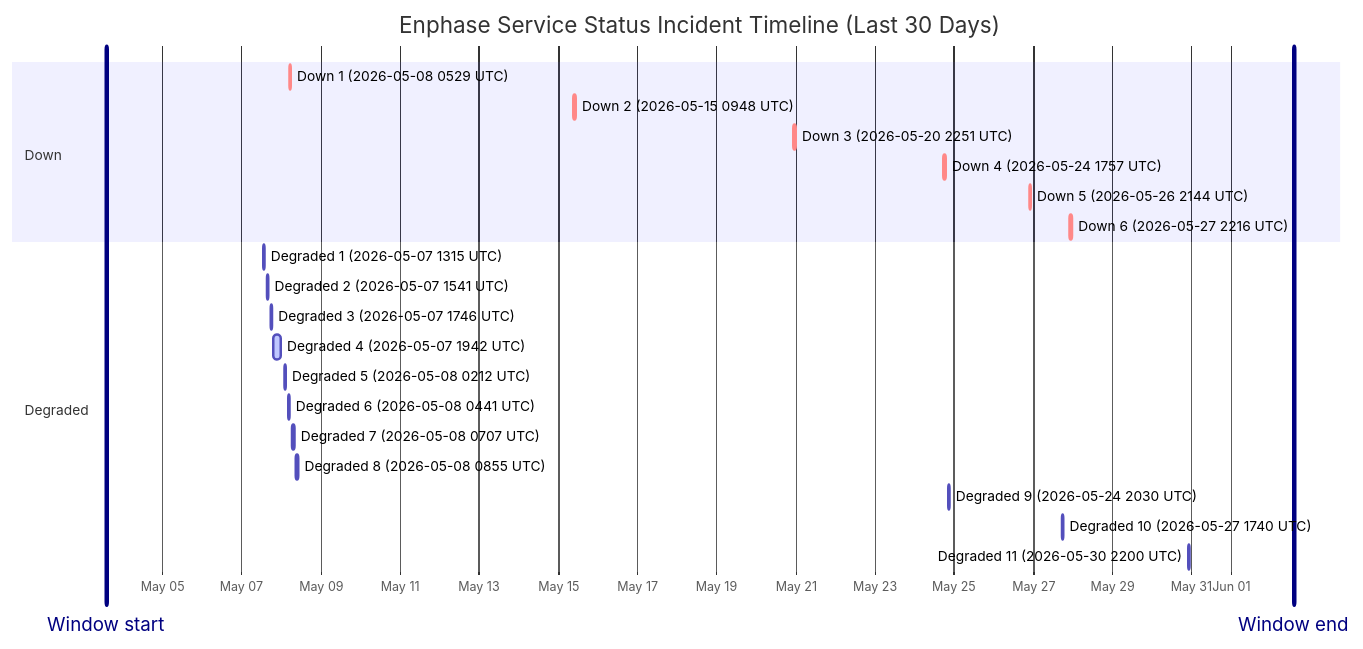
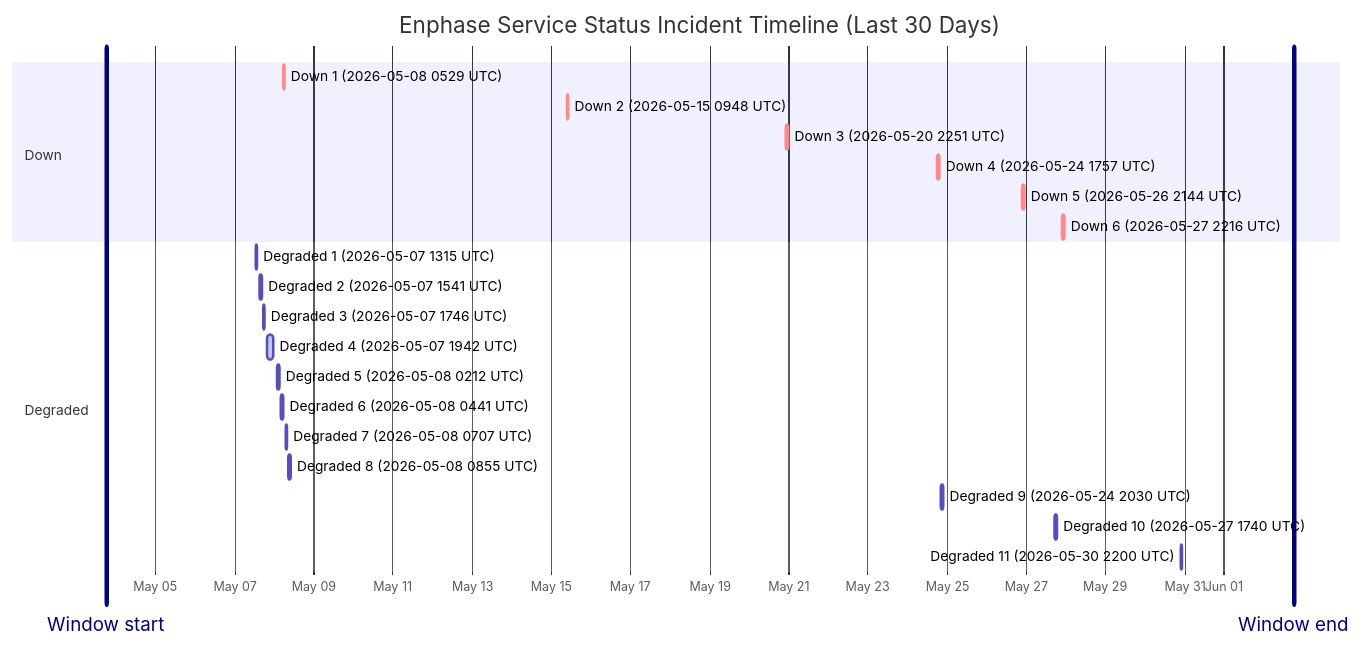
Before and after one commit to barneyonline/ha-enphase-energy: the diagram in wiki/Service-Status-History.md, drawn with Mermaid. The commit also changed other lines of this file and 3 other files, not shown here.

````diff
--- a/wiki/Service-Status-History.md
+++ b/wiki/Service-Status-History.md
@@ -14,27 +14,27 @@
 ```mermaid
 gantt
     title Enphase Service Status Incident Timeline (Last 30 Days)
     dateFormat  YYYY-MM-DDTHH:mm:ss
     axisFormat  %b %d
-    Window start :vert, window-start, 2026-05-03T14:00:56, 0ms
-    Window end :vert, window-end, 2026-06-02T14:00:56, 0ms
+    Window start :vert, window-start, 2026-05-03T18:13:24, 0ms
+    Window end :vert, window-end, 2026-06-02T18:13:24, 0ms
     section Down
     Down 1 (2026-05-08 0529 UTC) :crit, down-1, 2026-05-08T05:29:47, 60m
     Down 2 (2026-05-15 0948 UTC) :crit, down-2, 2026-05-15T09:48:18, 60m
     Down 3 (2026-05-20 2251 UTC) :crit, down-3, 2026-05-20T22:51:14, 75m
     Down 4 (2026-05-24 1757 UTC) :crit, down-4, 2026-05-24T17:57:41, 86m
     Down 5 (2026-05-26 2144 UTC) :crit, down-5, 2026-05-26T21:44:11, 85m
     Down 6 (2026-05-27 2216 UTC) :crit, down-6, 2026-05-27T22:16:53, 87m
     section Degraded
     Degraded 1 (2026-05-07 1315 UTC) :active, degraded-1, 2026-05-07T13:15:25, 60m
     Degraded 2 (2026-05-07 1541 UTC) :active, degraded-2, 2026-05-07T15:41:58, 60m
     Degraded 3 (2026-05-07 1746 UTC) :active, degraded-3, 2026-05-07T17:46:51, 60m
     Degraded 4 (2026-05-07 1942 UTC) :active, degraded-4, 2026-05-07T19:42:10, 249m
     Degraded 5 (2026-05-08 0212 UTC) :active, degraded-5, 2026-05-08T02:12:39, 60m
     Degraded 6 (2026-05-08 0441 UTC) :active, degraded-6, 2026-05-08T04:41:46, 60m
     Degraded 7 (2026-05-08 0707 UTC) :active, degraded-7, 2026-05-08T07:07:30, 60m
     Degraded 8 (2026-05-08 0855 UTC) :active, degraded-8, 2026-05-08T08:55:20, 88m
     Degraded 9 (2026-05-24 2030 UTC) :active, degraded-9, 2026-05-24T20:30:57, 84m
     Degraded 10 (2026-05-27 1740 UTC) :active, degraded-10, 2026-05-27T17:40:52, 60m
     Degraded 11 (2026-05-30 2200 UTC) :active, degraded-11, 2026-05-30T22:00:37, 60m
 ```
````
